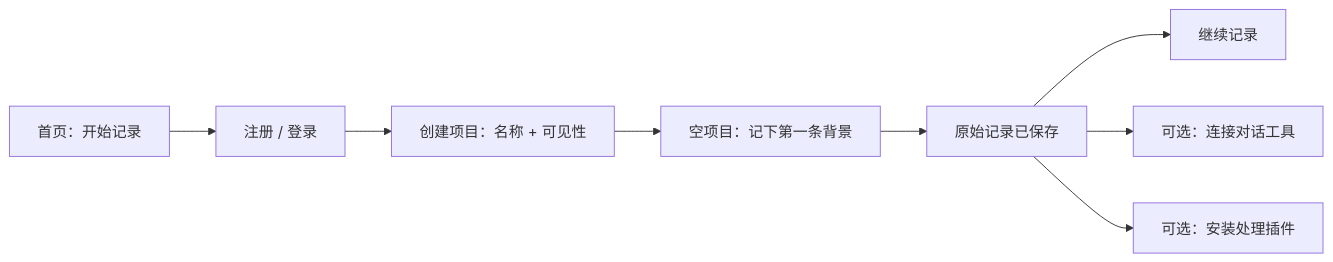
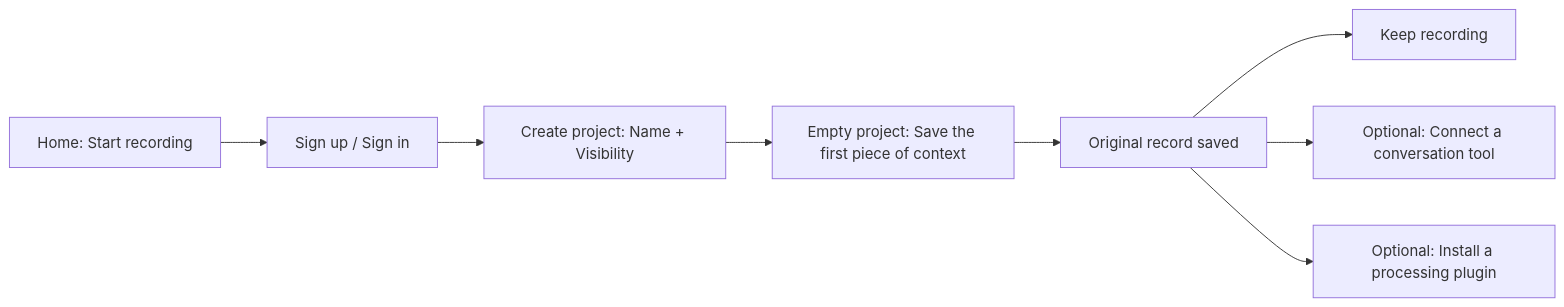
The second of 7 diagrams in docs/ux-flows.md (flyfy1/event-driven-context), drawn with Mermaid before and after one commit. The commit also changed other lines of this file and 13 other files, not shown here.

```diff
--- a/docs/ux-flows.md
+++ b/docs/ux-flows.md
@@ -39,10 +41,10 @@
 ~~~mermaid
 flowchart LR
-    A["首页：开始记录"] --> B["注册 / 登录"]
-    B --> C["创建项目：名称 + 可见性"]
-    C --> D["空项目：记下第一条背景"]
-    D --> E["原始记录已保存"]
-    E --> F["继续记录"]
-    E --> G["可选：连接对话工具"]
-    E --> H["可选：安装处理插件"]
+    A["Home: Start recording"] --> B["Sign up / Sign in"]
+    B --> C["Create project: Name + Visibility"]
+    C --> D["Empty project: Save the first piece of context"]
+    D --> E["Original record saved"]
+    E --> F["Keep recording"]
+    E --> G["Optional: Connect a conversation tool"]
+    E --> H["Optional: Install a processing plugin"]
 ~~~
```
